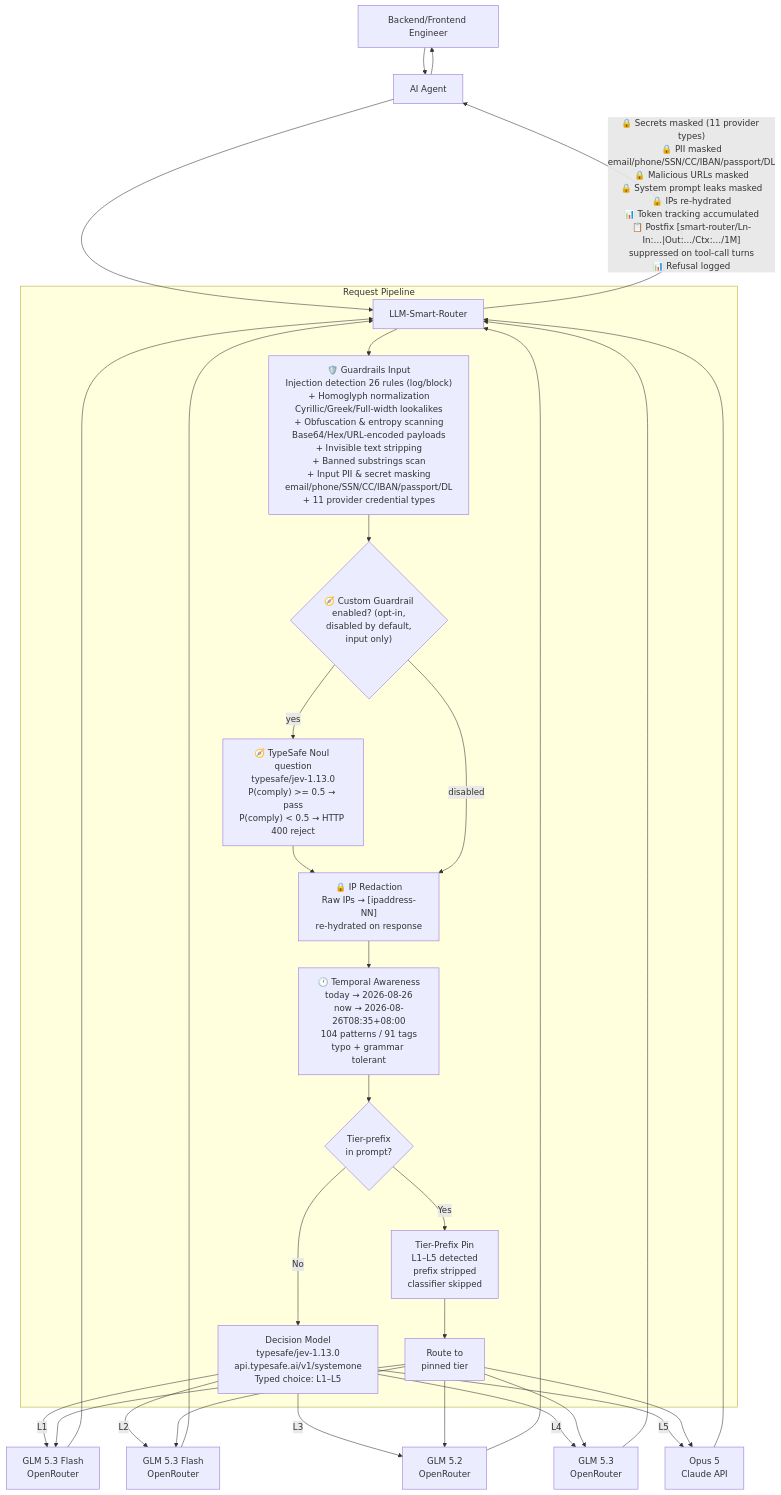
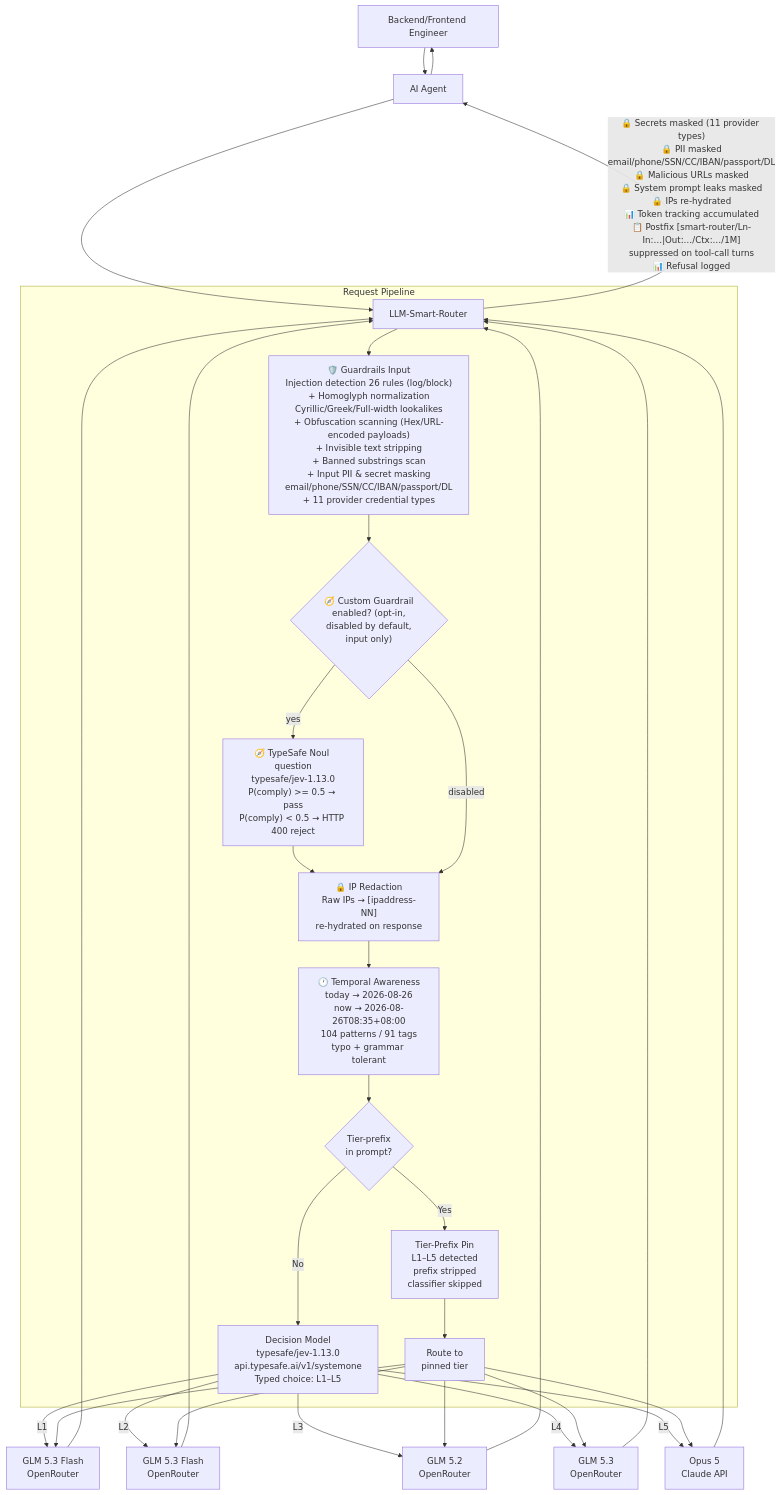
One commit to Green-Needle-Tech/llm-smart-router changed the first of 2 diagrams in README.md. Above: the diagram before and after it, drawn with Mermaid. The commit also changed 10 other files, not shown here.

First line of the commit message:
feat(guardrails): remove obfuscation-base64 rule (v2.28.0)

````diff
--- a/README.md
+++ b/README.md
@@ -302,38 +302,38 @@
 ```mermaid
 flowchart TD
     A[Backend/Frontend Engineer] --> B[AI Agent]
     B --> C[LLM-Smart-Router]
 
     subgraph Router [Request Pipeline]
-        C --> P1["🛡️ Guardrails Input<br/>Injection detection 26 rules (log/block)<br/>+ Homoglyph normalization<br/>Cyrillic/Greek/Full-width lookalikes<br/>+ Obfuscation & entropy scanning<br/>Base64/Hex/URL-encoded payloads<br/>+ Invisible text stripping<br/>+ Banned substrings scan<br/>+ Input PII & secret masking<br/>email/phone/SSN/CC/IBAN/passport/DL<br/>+ 11 provider credential types"]
+        C --> P1["🛡️ Guardrails Input<br/>Injection detection 26 rules (log/block)<br/>+ Homoglyph normalization<br/>Cyrillic/Greek/Full-width lookalikes<br/>+ Obfuscation scanning (Hex/URL-encoded payloads)<br/>+ Invisible text stripping<br/>+ Banned substrings scan<br/>+ Input PII & secret masking<br/>email/phone/SSN/CC/IBAN/passport/DL<br/>+ 11 provider credential types"]
         P1 --> CG{"🧭 Custom Guardrail<br/>enabled? (opt-in,<br/>disabled by default,<br/>input only)"}
         CG -->|yes| CG2["🧭 TypeSafe Noul question<br/>typesafe/jev-1.13.0<br/>P(comply) >= 0.5 → pass<br/>P(comply) < 0.5 → HTTP 400 reject"]
         CG2 --> P2
         CG -->|disabled| P2["🔒 IP Redaction<br/>Raw IPs → [ipaddress-NN]<br/>re-hydrated on response"]
         P2 --> P2T["🕐 Temporal Awareness<br/>today → 2026-08-26<br/>now → 2026-08-26T08:35+08:00<br/>104 patterns / 91 tags<br/>typo + grammar tolerant"]
         P2T --> TP{"Tier-prefix<br/>in prompt?"}
         TP -->|Yes| TP2["Tier-Prefix Pin<br/>L1–L5 detected<br/>prefix stripped<br/>classifier skipped"]
         TP -->|No| D["Decision Model<br/>typesafe/jev-1.13.0<br/>api.typesafe.ai/v1/systemone<br/>Typed choice: L1–L5"]
         TP2 --> D2["Route to<br/>pinned tier"]
     end
 
     D -->|L1| E[GLM 5.3 Flash<br/>OpenRouter]
     D -->|L2| F[GLM 5.3 Flash<br/>OpenRouter]
     D -->|L3| F2[GLM 5.2<br/>OpenRouter]
     D -->|L4| F3[GLM 5.3<br/>OpenRouter]
     D -->|L5| H[Opus 5<br/>Claude API]
     D2 --> E
     D2 --> F
     D2 --> F2
     D2 --> F3
     D2 --> H
 
     E --> C
     F --> C
     F2 --> C
     F3 --> C
     H --> C
 
     C -->|"🔒 Secrets masked (11 provider types)<br/>🔒 PII masked<br/>email/phone/SSN/CC/IBAN/passport/DL<br/>🔒 Malicious URLs masked<br/>🔒 System prompt leaks masked<br/>🔒 IPs re-hydrated<br/>📊 Token tracking accumulated<br/>📋 Postfix [smart-router/Ln-In:…|Out:…/Ctx:…/1M]<br/>suppressed on tool-call turns<br/>📊 Refusal logged"| B
     B --> A
 ```
````
